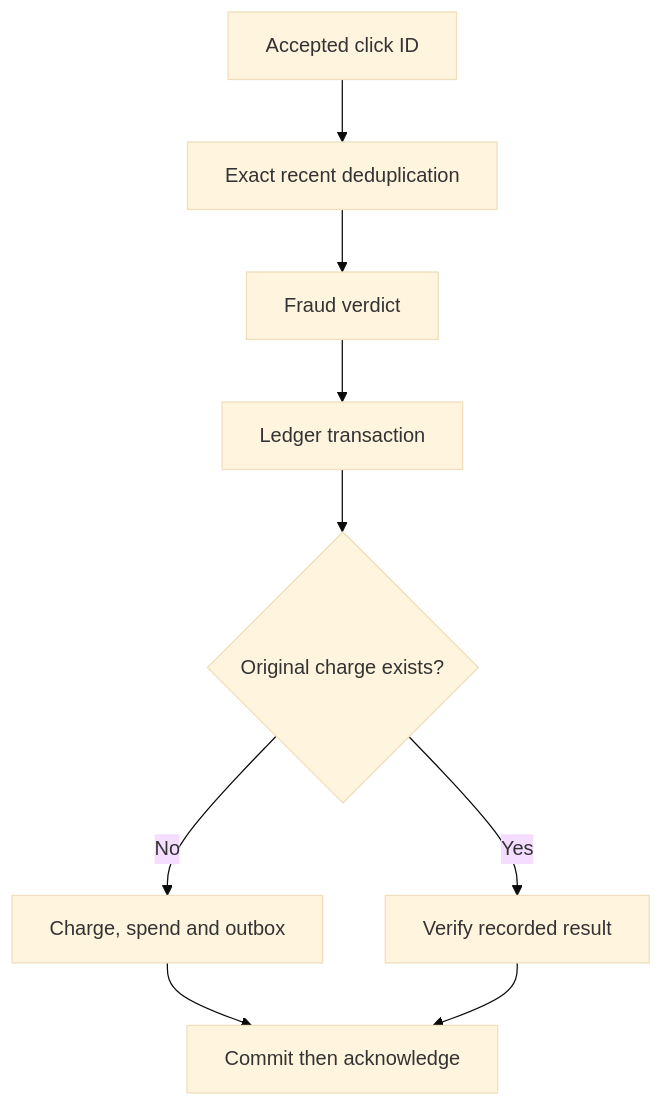
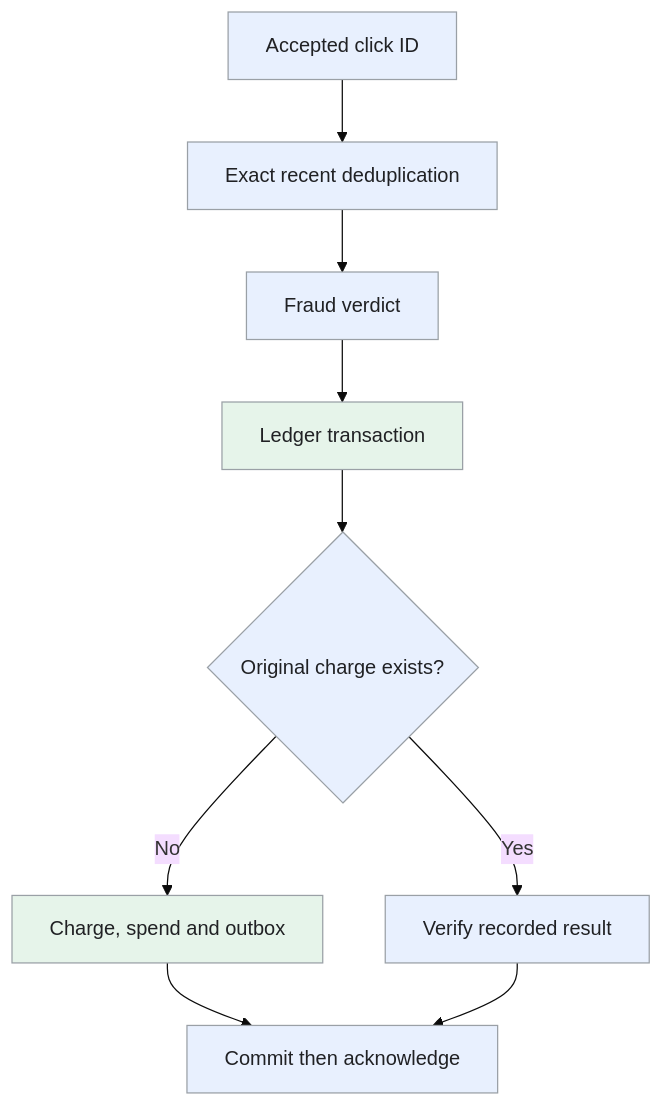
The third of 4 diagrams in _designs/system-design-ad-click-aggregator.md (iliazlobin/iliazlobin.github.io), drawn with Mermaid (base theme) before and after one commit. The commit also changed other lines of this file and 20 other files, not shown here.

Commit message:
Improve design flows, tradeoffs, and technology references

````diff
--- a/_designs/system-design-ad-click-aggregator.md
+++ b/_designs/system-design-ad-click-aggregator.md
@@ -228,11 +268,16 @@
 ```mermaid
 flowchart TB
   C["Accepted click ID"] --> D["Exact recent deduplication"]
   D --> V["Fraud verdict"]
   V --> T["Ledger transaction"]
   T --> U{"Original charge exists?"}
   U -->|"No"| N["Charge, spend and outbox"]
   U -->|"Yes"| R["Verify recorded result"]
   N --> A["Commit then acknowledge"]
   R --> A
+  classDef request fill:#e8f0fe,stroke:#9aa0a6,color:#202124,stroke-width:1px
+  classDef background fill:#e6f4ea,stroke:#9aa0a6,color:#202124,stroke-width:1px
+  classDef control fill:#fef7e0,stroke:#9aa0a6,color:#202124,stroke-width:1px
+  class C,D,V,U,R,A request
+  class T,N background
 ```
````
